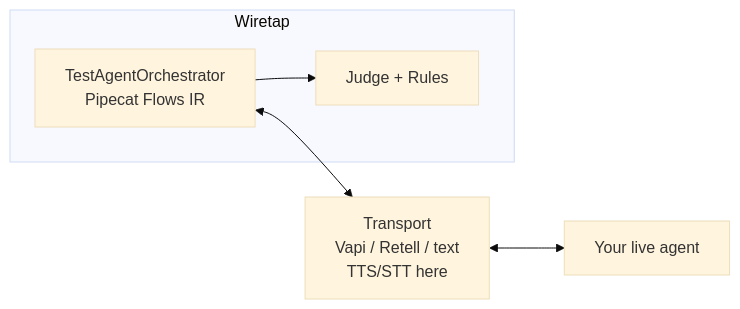
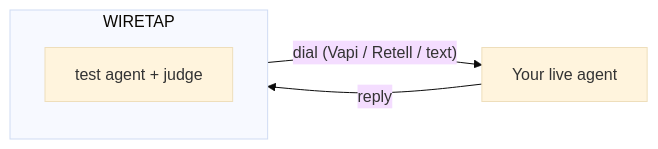
Before and after one commit to mohibsaas/wiretap: the diagram in docs/HLD.md, drawn with Mermaid (base theme). The commit also changed other lines of this file and 55 other files, not shown here.

First line of the commit message:
Simplify wiretap around a turn-based test agent and flatter packages.

````diff
--- a/docs/HLD.md
+++ b/docs/HLD.md
@@ -94,12 +92,9 @@
 ```mermaid
 flowchart LR
-  subgraph Wiretap
-    O[TestAgentOrchestrator<br/>Pipecat Flows IR]
-    J[Judge + Rules]
+  subgraph W["WIRETAP"]
+    A[test agent + judge]
   end
-  T[Transport<br/>Vapi / Retell / text<br/>TTS/STT here]
   L[Your live agent]
-  O <--> T
-  T <--> L
-  O --> J
+  W -->|"dial (Vapi / Retell / text)"| L
+  L -->|reply| W
 ```
````
